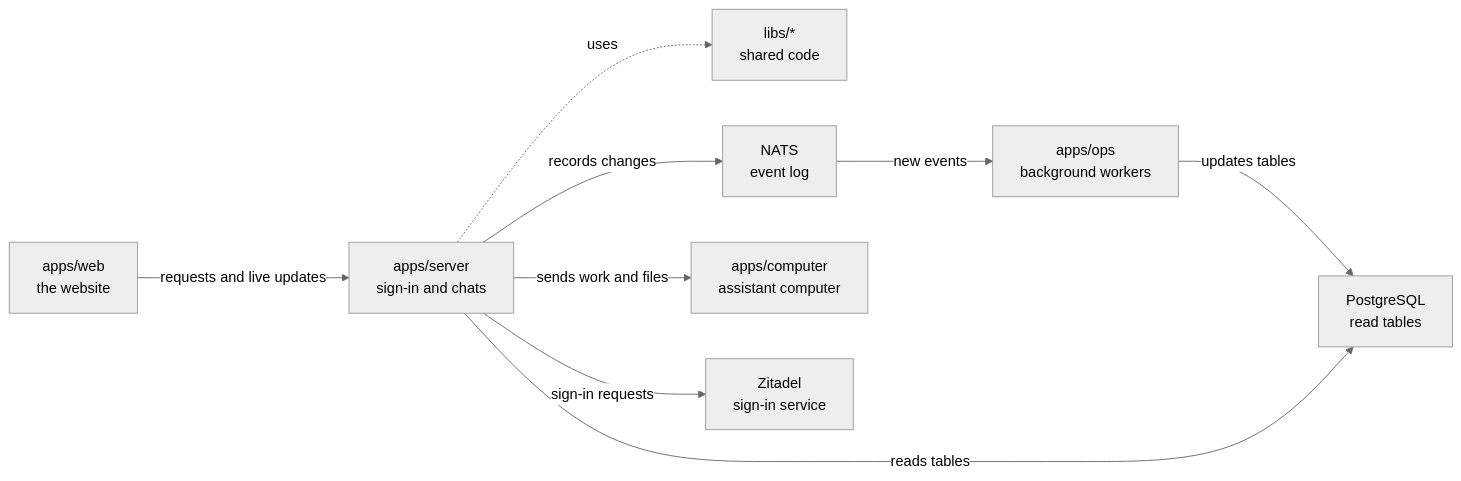
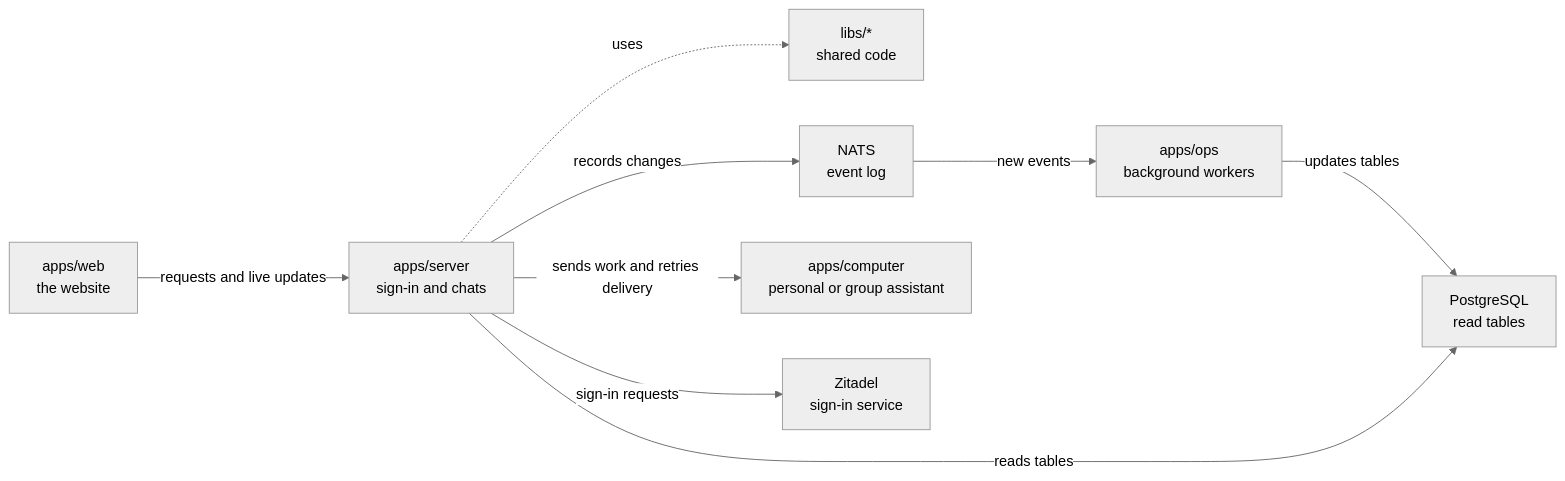
Before and after one commit to elewa-git/opencrane-new: the diagram in apps/server/README.md, drawn with Mermaid (neutral theme). The commit also changed other lines of this file and 19 other files, not shown here.

````diff
--- a/apps/server/README.md
+++ b/apps/server/README.md
@@ -11,11 +11,11 @@
 ```mermaid
 flowchart LR
   web["apps/web<br/>the website"] -->|requests and live updates| server["apps/server<br/>sign-in and chats"]
   server -.->|uses| libs["libs/*<br/>shared code"]
   server -->|records changes| nats["NATS<br/>event log"]
   nats -->|new events| ops["apps/ops<br/>background workers"]
   ops -->|updates tables| postgres["PostgreSQL<br/>read tables"]
   server -->|reads tables| postgres
-  server -->|sends work and files| computer["apps/computer<br/>assistant computer"]
+  server -->|sends work and retries delivery| computer["apps/computer<br/>personal or group assistant"]
   server -->|sign-in requests| zitadel["Zitadel<br/>sign-in service"]
 ```
````
